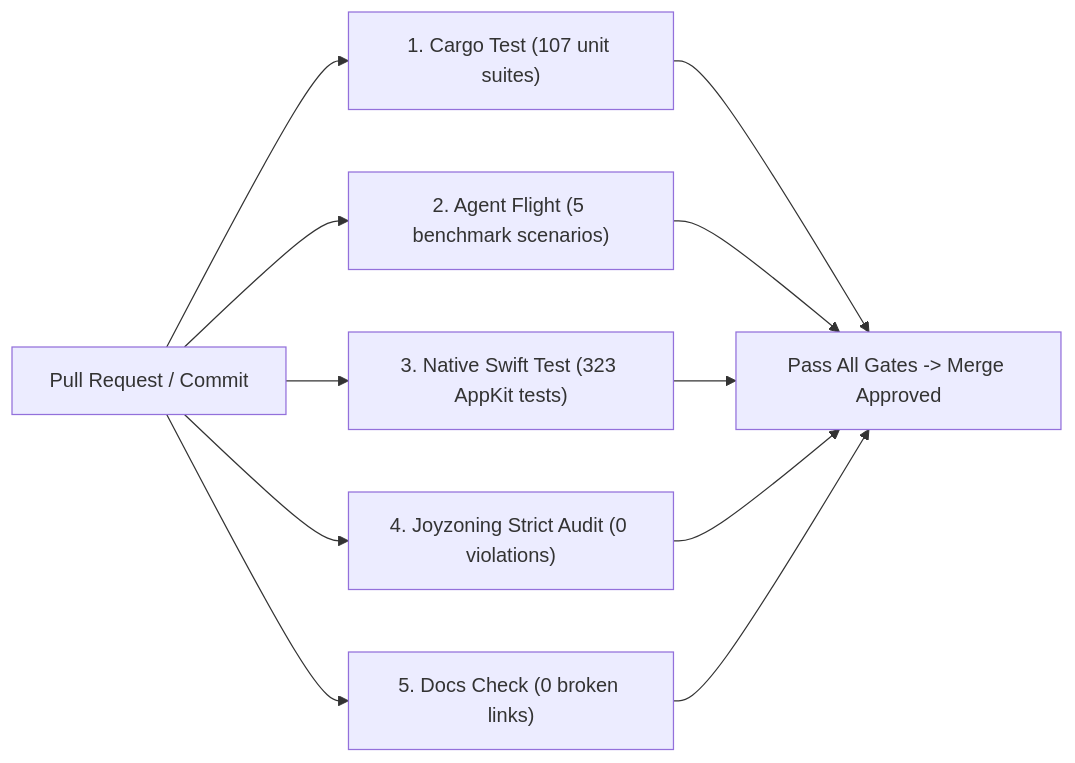
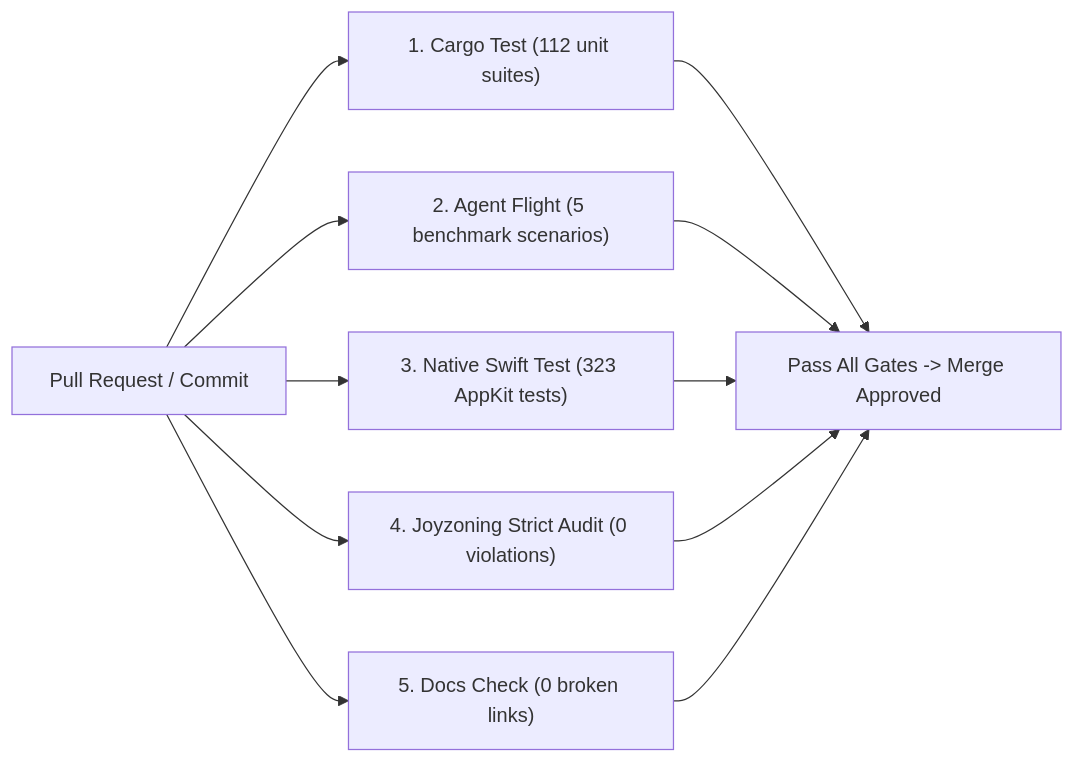
The diagram in docs/CI_INTEGRATION.md (CardSorting/HEAV3NS-MICRO), drawn with Mermaid before and after one commit. The commit also changed 76 other files, not shown here.

````diff
--- a/docs/CI_INTEGRATION.md
+++ b/docs/CI_INTEGRATION.md
@@ -19,13 +19,13 @@
 ```mermaid
 flowchart LR
-  PR["Pull Request / Commit"] --> TEST["1. Cargo Test (107 unit suites)"]
+  PR["Pull Request / Commit"] --> TEST["1. Cargo Test (112 unit suites)"]
   PR --> FLIGHT["2. Agent Flight (5 benchmark scenarios)"]
   PR --> SWIFT["3. Native Swift Test (323 AppKit tests)"]
   PR --> JOY["4. Joyzoning Strict Audit (0 violations)"]
   PR --> DOCS["5. Docs Check (0 broken links)"]
   TEST --> GATE["Pass All Gates -> Merge Approved"]
   FLIGHT --> GATE
   SWIFT --> GATE
   JOY --> GATE
   DOCS --> GATE
 ```
````
